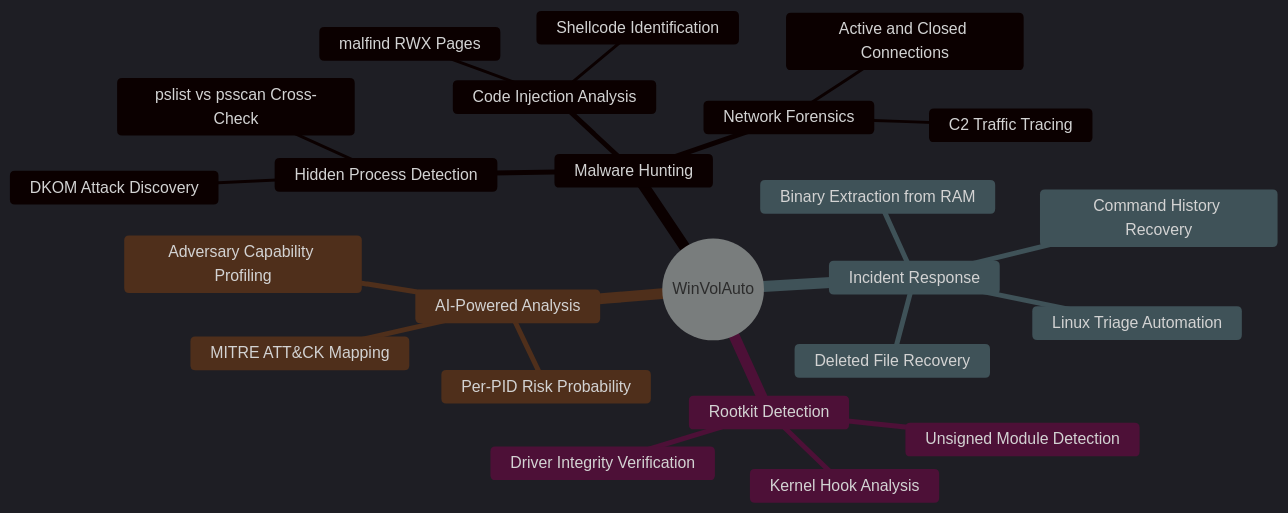
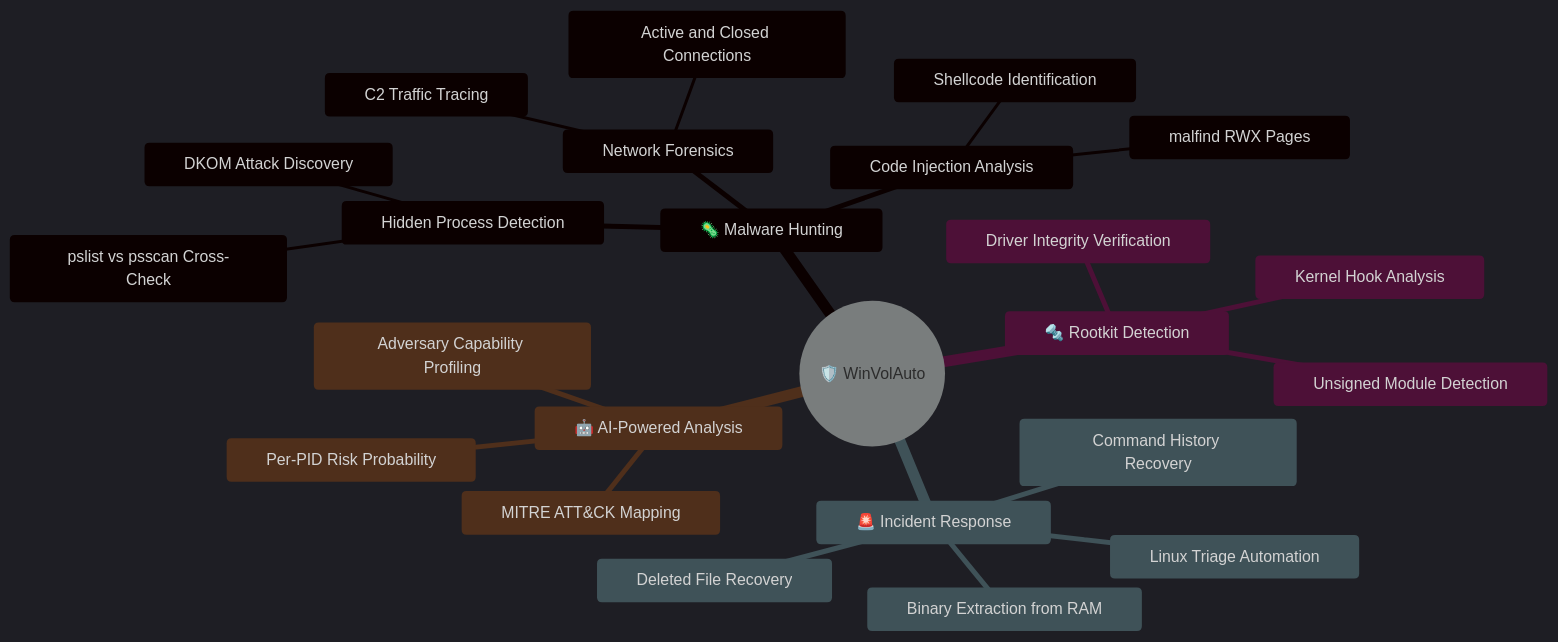
One commit to SKYLINE217/WinVolAuto-Memory-Forensics-Suite changed the second of 4 diagrams in README.md. Above: the diagram before and after it, drawn with Mermaid. The commit also changed other lines of this file, not shown here.

Commit message:
docs: expand all workflow diagrams to full-width dedicated sections

````diff
--- a/README.md
+++ b/README.md
@@ -146,28 +146,28 @@
 ```mermaid
-%%{init: {'theme': 'dark'}}%%
+%%{init: {'theme': 'dark', 'mindmap': {'padding': 20}}}%%
 mindmap
-  root((WinVolAuto))
-    Malware Hunting
+  root((🛡️ WinVolAuto))
+    🦠 Malware Hunting
       Hidden Process Detection
         DKOM Attack Discovery
         pslist vs psscan Cross-Check
       Code Injection Analysis
         malfind RWX Pages
         Shellcode Identification
       Network Forensics
         Active and Closed Connections
         C2 Traffic Tracing
-    Rootkit Detection
+    🔩 Rootkit Detection
       Kernel Hook Analysis
       Driver Integrity Verification
       Unsigned Module Detection
-    Incident Response
+    🚨 Incident Response
       Command History Recovery
       Binary Extraction from RAM
       Deleted File Recovery
       Linux Triage Automation
-    AI-Powered Analysis
+    🤖 AI-Powered Analysis
       Per-PID Risk Probability
       MITRE ATT&CK Mapping
       Adversary Capability Profiling
 ```
````
